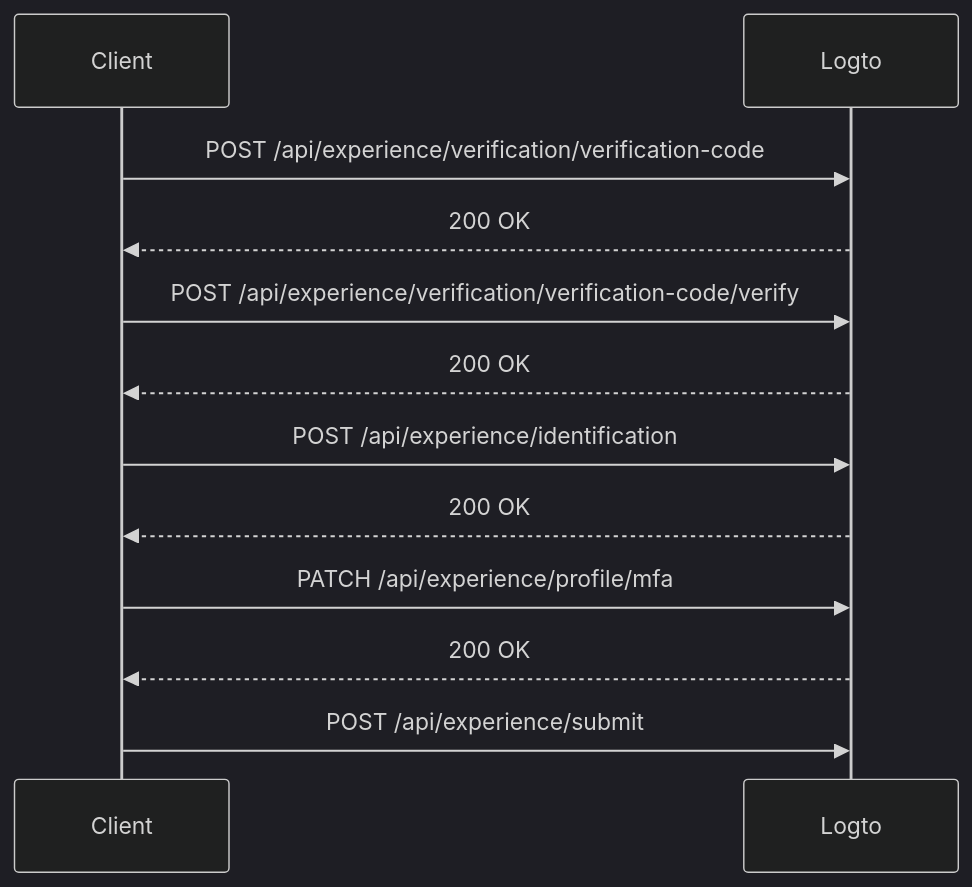
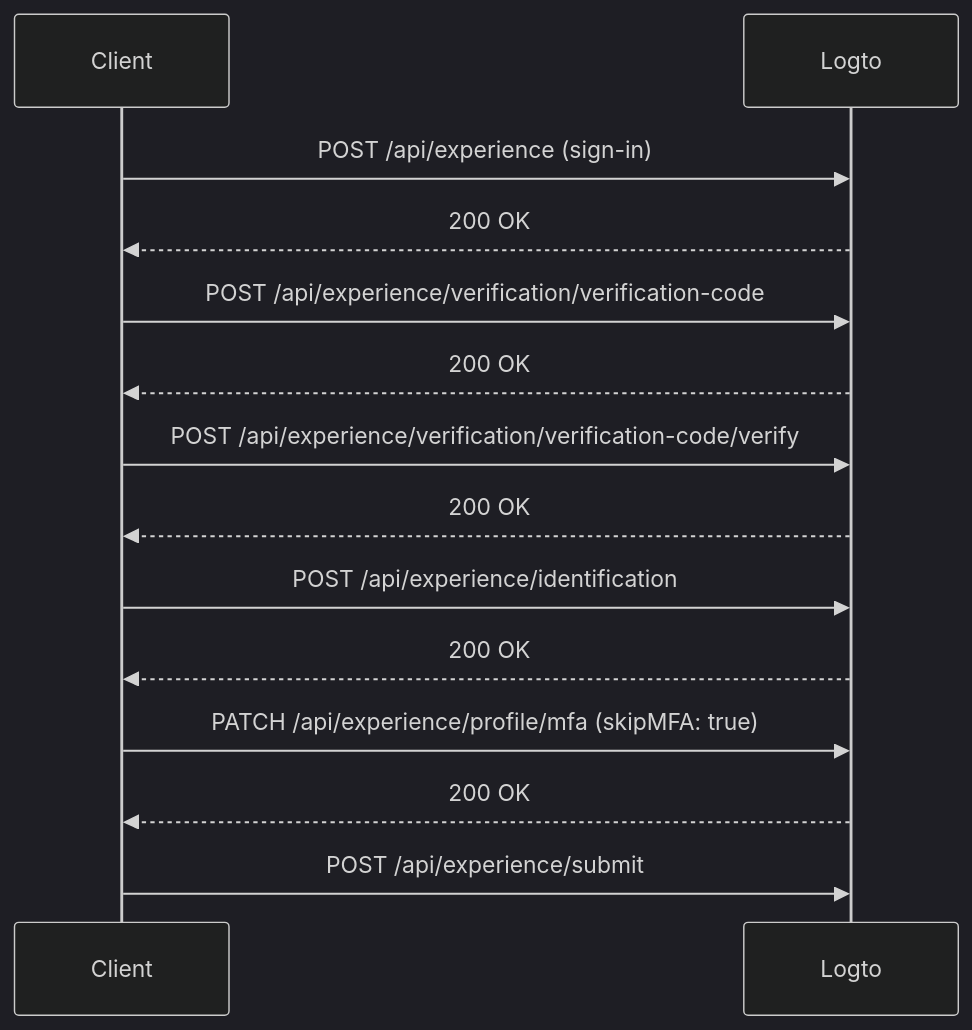
One commit to logto-io/rfcs changed the seventh of 17 diagrams in draft/0004-experience-api.md. Above: the diagram before and after it, drawn with Mermaid (dark theme). The commit also changed other lines of this file, not shown here.

First line of the commit message:
refactor: update the experience API.

````diff
--- a/draft/0004-experience-api.md
+++ b/draft/0004-experience-api.md
@@ -720,15 +772,17 @@
 ```mermaid
 sequenceDiagram
     participant C as Client
     participant L as Logto
 
+    C->>L: POST /api/experience (sign-in)
+    L-->>C: 200 OK
     C->>L: POST /api/experience/verification/verification-code
     L-->>C: 200 OK
     C->>L: POST /api/experience/verification/verification-code/verify
     L-->>C: 200 OK
     C->>L: POST /api/experience/identification
     L-->>C: 200 OK
-    C->>L: PATCH /api/experience/profile/mfa
+    C->>L: PATCH /api/experience/profile/mfa (skipMFA: true)
     L-->>C: 200 OK
     C->>L: POST /api/experience/submit
 ```
````
